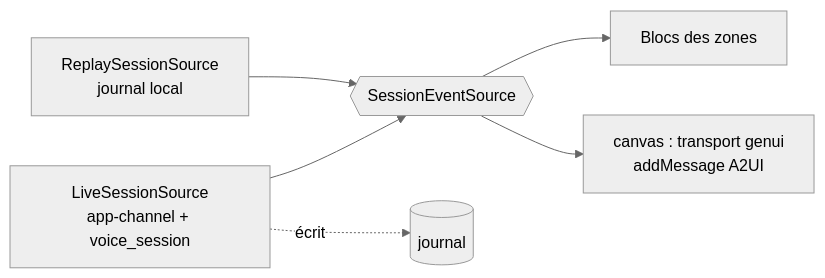
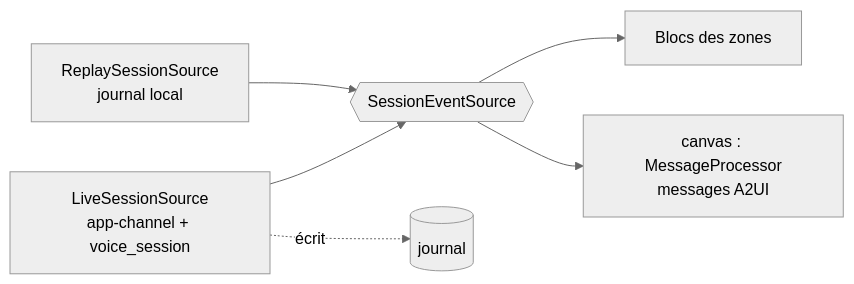
Before and after one commit to b-fontaine/ai_voice_ui: the diagram in product/architecture/frontend.md, drawn with Mermaid (neutral theme). The commit also changed other lines of this file and 90 other files, not shown here.

````diff
--- a/product/architecture/frontend.md
+++ b/product/architecture/frontend.md
@@ -52,8 +52,8 @@
 ```mermaid
 flowchart LR
   live[LiveSessionSource<br/>app-channel + voice_session] --> port{{SessionEventSource}}
   rep[ReplaySessionSource<br/>journal local] --> port
   port --> blocs[Blocs des zones]
-  port --> gen[canvas : transport genui<br/>addMessage A2UI]
+  port --> gen[canvas : MessageProcessor<br/>messages A2UI]
   live -. écrit .-> jr[(journal)]
 ```
````
